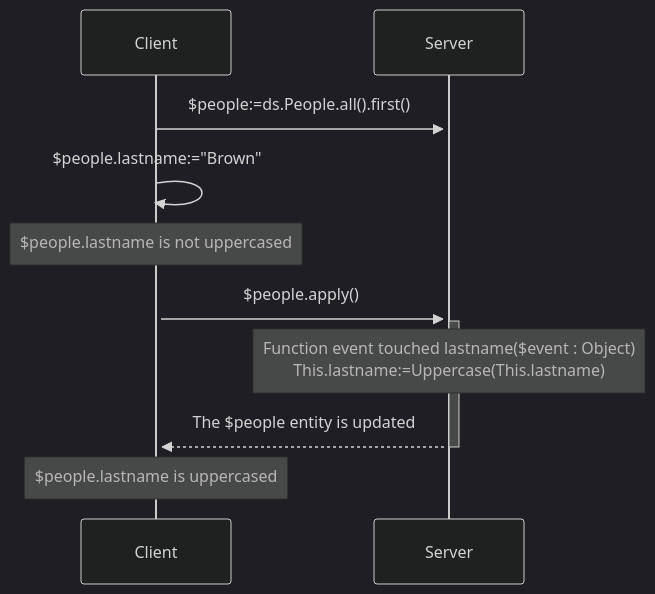
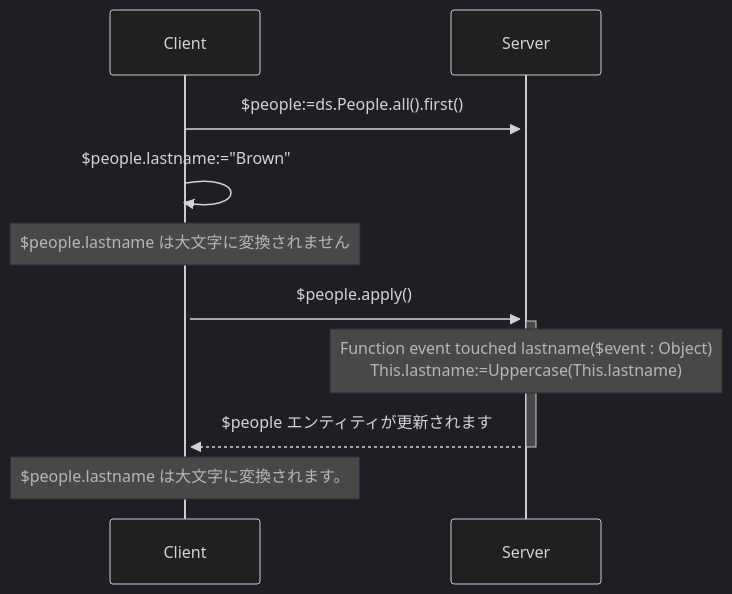
Before and after one commit to 4d/docs: the second of 3 diagrams in i18n/ja/docusaurus-plugin-content-docs/current/ORDA/orda-events.md, drawn with Mermaid (dark theme). The commit also changed other lines of this file and 731 other files, not shown here.

````diff
--- a/i18n/ja/docusaurus-plugin-content-docs/current/ORDA/orda-events.md
+++ b/i18n/ja/docusaurus-plugin-content-docs/current/ORDA/orda-events.md
@@ -274,20 +274,19 @@
 ```mermaid
 
 sequenceDiagram
 
     Client->>+Server: $people:=ds.People.all().first()
 
     Client->>+Client: $people.lastname:="Brown"
 
-   Note over Client:$people.lastname is not uppercased
+   Note over Client:$people.lastname は大文字に変換されません
 
     Client->>+Server: $people.apply()
 
    Note over Server: Function event touched lastname($event : Object) <br>  This.lastname:=Uppercase(This.lastname)
 
-    Server-->>-Client: The $people entity is updated
+    Server-->>-Client: $people エンティティが更新されます
 
-   Note over Client:$people.lastname is uppercased
-
+   Note over Client:$people.lastname は大文字に変換されます。
 
 ```
````
